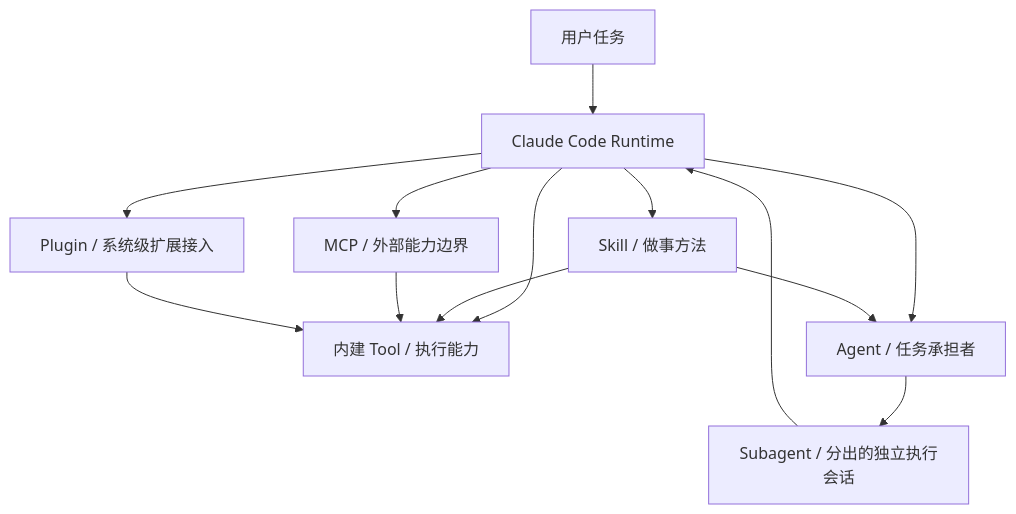
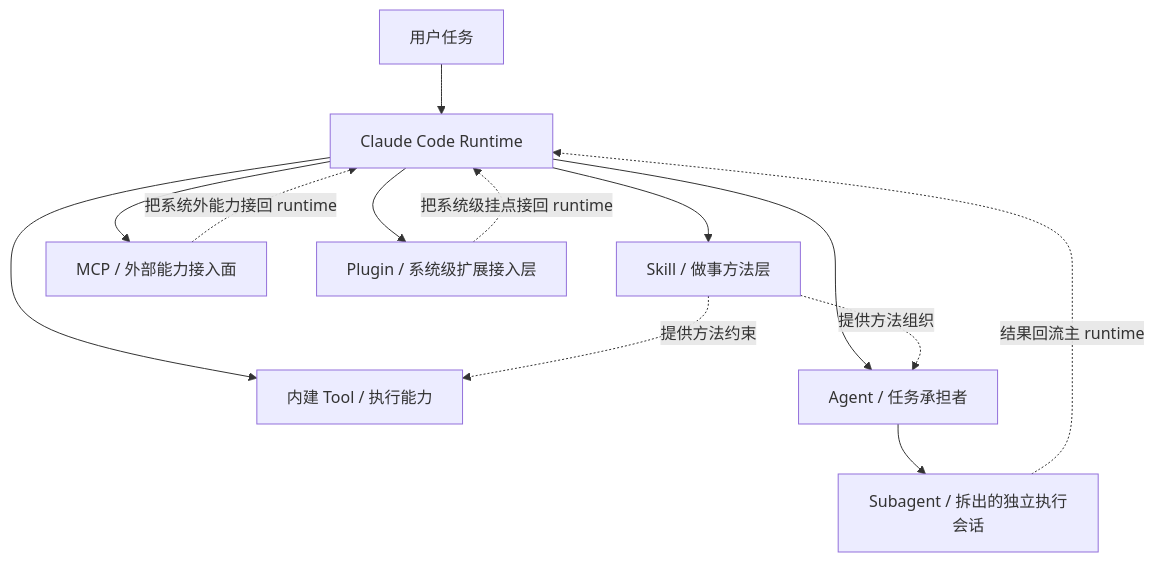
The first of 2 diagrams in docs/guidebookv2/volume-1/06-how-claude-code-grows-new-capabilities.md (T0UGH/claude-code-source-guide), drawn with Mermaid before and after one commit. The commit also changed other lines of this file and 2 other files, not shown here.

Commit message:
clarify volume-1 execution restore and diagram semantics

````diff
--- a/docs/guidebookv2/volume-1/06-how-claude-code-grows-new-capabilities.md
+++ b/docs/guidebookv2/volume-1/06-how-claude-code-grows-new-capabilities.md
@@ -72,17 +72,17 @@
 ```mermaid
 flowchart TD
     U[用户任务] --> R[Claude Code Runtime]
 
     R --> T[内建 Tool / 执行能力]
-    R --> S[Skill / 做事方法]
+    R --> S[Skill / 做事方法层]
     R --> A[Agent / 任务承担者]
-    A --> SA[Subagent / 分出的独立执行会话]
-    R --> E[MCP / 外部能力边界]
-    R --> P[Plugin / 系统级扩展接入]
+    A --> SA[Subagent / 拆出的独立执行会话]
+    R --> E[MCP / 外部能力接入面]
+    R --> P[Plugin / 系统级扩展接入层]
 
-    S --> A
-    S --> T
-    E --> T
-    P --> T
-    SA --> R
+    S -. 提供方法组织 .-> A
+    S -. 提供方法约束 .-> T
+    E -. 把系统外能力接回 runtime .-> R
+    P -. 把系统级挂点接回 runtime .-> R
+    SA -. 结果回流主 runtime .-> R
 ```
````
